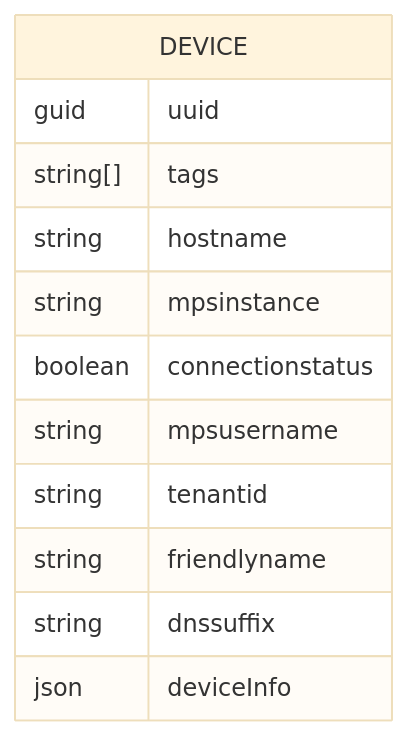
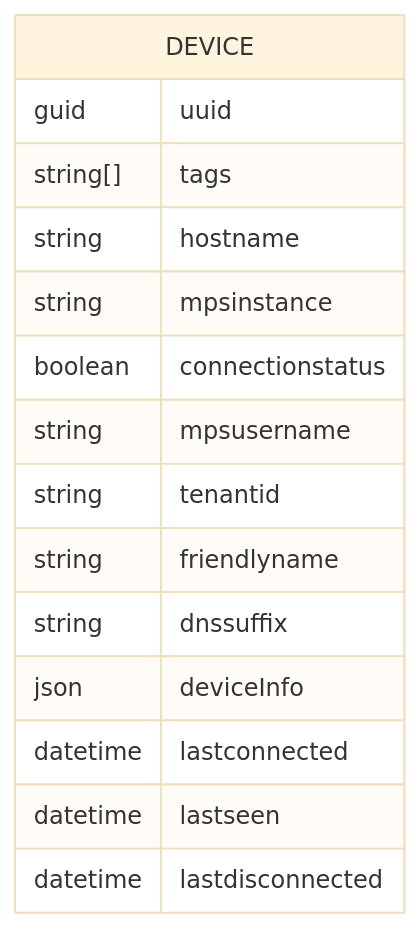
Before and after one commit to open-amt-cloud-toolkit/docs: the first of 3 diagrams in docs/Deployment/Database/schema.md, drawn with Mermaid (base theme). The commit also changed 2 other files, not shown here.

Commit message:
docs(deployment): nov23 db upgrade steps (#359)
* docs(deployment): nov23 db upgrade steps

* docs(deployment): update schema

* docs(reference): tweak opstate wording

````diff
--- a/docs/Deployment/Database/schema.md
+++ b/docs/Deployment/Database/schema.md
@@ -5,15 +5,18 @@
   ```mermaid
   erDiagram
       DEVICE {
           guid uuid
           string[] tags
           string hostname
           string mpsinstance
           boolean connectionstatus
           string mpsusername
           string tenantid
           string friendlyname
           string dnssuffix
           json deviceInfo
+          datetime lastconnected
+          datetime lastseen
+          datetime lastdisconnected
       }
   ```
````
